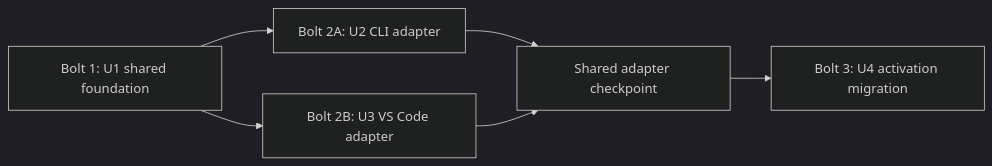
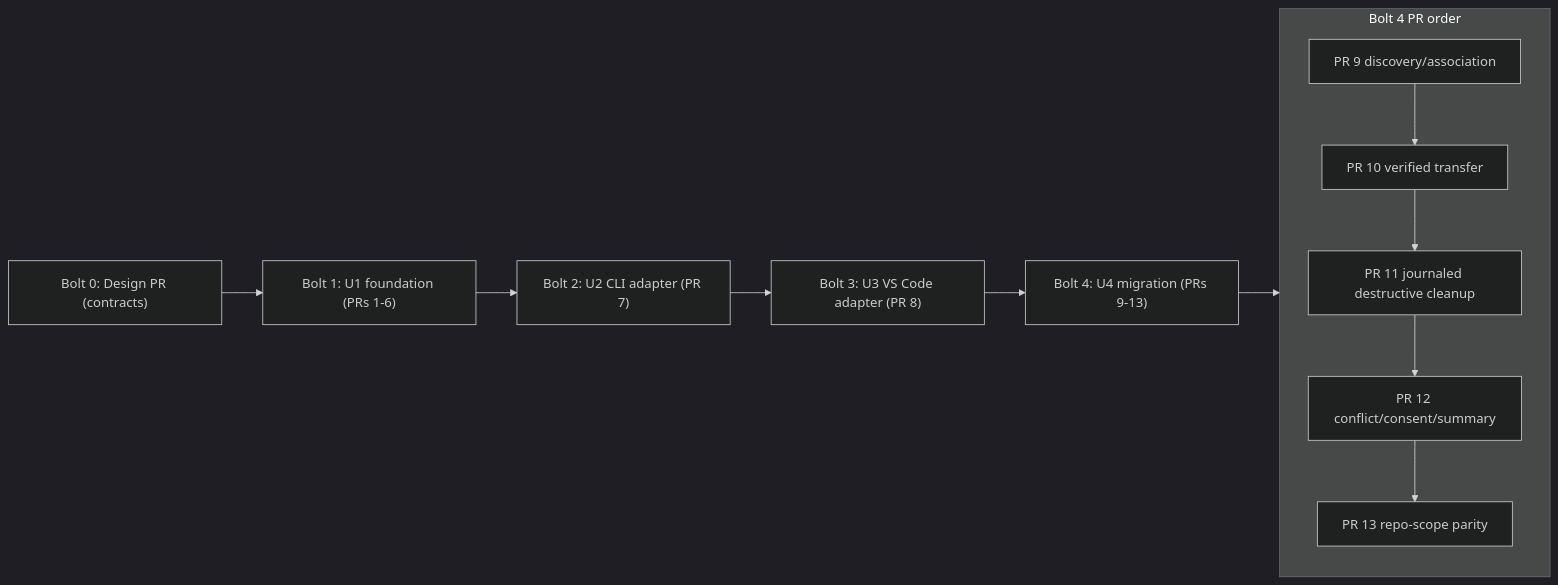
The diagram in aidlc/spaces/default/intents/260914-unified-installation/inception/delivery-planning/bolt-plan.md (gblanc-1a/prompt-registry), drawn with Mermaid (dark theme) before and after one commit. The commit also changed other lines of this file and 36 other files, not shown here.

````diff
--- a/aidlc/spaces/default/intents/260914-unified-installation/inception/delivery-planning/bolt-plan.md
+++ b/aidlc/spaces/default/intents/260914-unified-installation/inception/delivery-planning/bolt-plan.md
@@ -91,8 +171,14 @@
 ```mermaid
 flowchart LR
-  B1["Bolt 1: U1 shared foundation"] --> B2A["Bolt 2A: U2 CLI adapter"]
-  B1 --> B2B["Bolt 2B: U3 VS Code adapter"]
-  B2A --> B2G["Shared adapter checkpoint"]
-  B2B --> B2G
-  B2G --> B3["Bolt 3: U4 activation migration"]
+  B0["Bolt 0: Design PR (contracts)"] --> B1["Bolt 1: U1 foundation (PRs 1-6)"]
+  B1 --> B2["Bolt 2: U2 CLI adapter (PR 7)"]
+  B2 --> B3["Bolt 3: U3 VS Code adapter (PR 8)"]
+  B3 --> B4["Bolt 4: U4 migration (PRs 9-13)"]
+  subgraph U4PRs["Bolt 4 PR order"]
+    P9["PR 9 discovery/association"] --> P10["PR 10 verified transfer"]
+    P10 --> P11["PR 11 journaled destructive cleanup"]
+    P11 --> P12["PR 12 conflict/consent/summary"]
+    P12 --> P13["PR 13 repo-scope parity"]
+  end
+  B4 --> U4PRs
 ```
````
